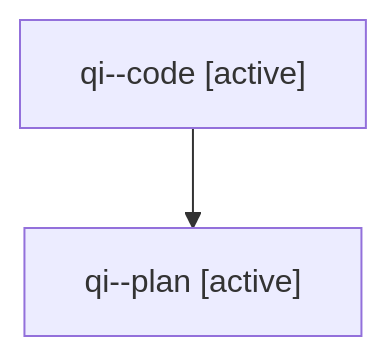
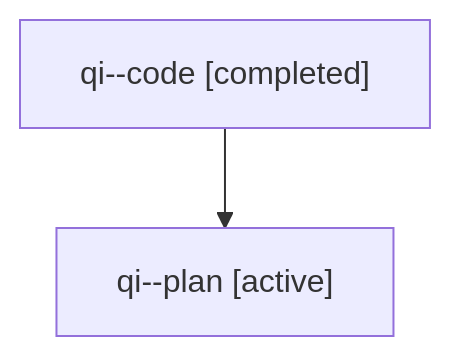
Before and after one commit to sase-org/sase--agents: the diagram in families/bbugyi200.athena.qi.md, drawn with Mermaid. The commit also changed other lines of this file and 5813 other files, not shown here.

````diff
--- a/families/bbugyi200.athena.qi.md
+++ b/families/bbugyi200.athena.qi.md
@@ -9,6 +9,6 @@
 ```mermaid
 flowchart TD
-  n0["qi--code [active]"]
+  n0["qi--code [completed]"]
   n1["qi--plan [active]"]
   n0 --> n1
 ```
````
